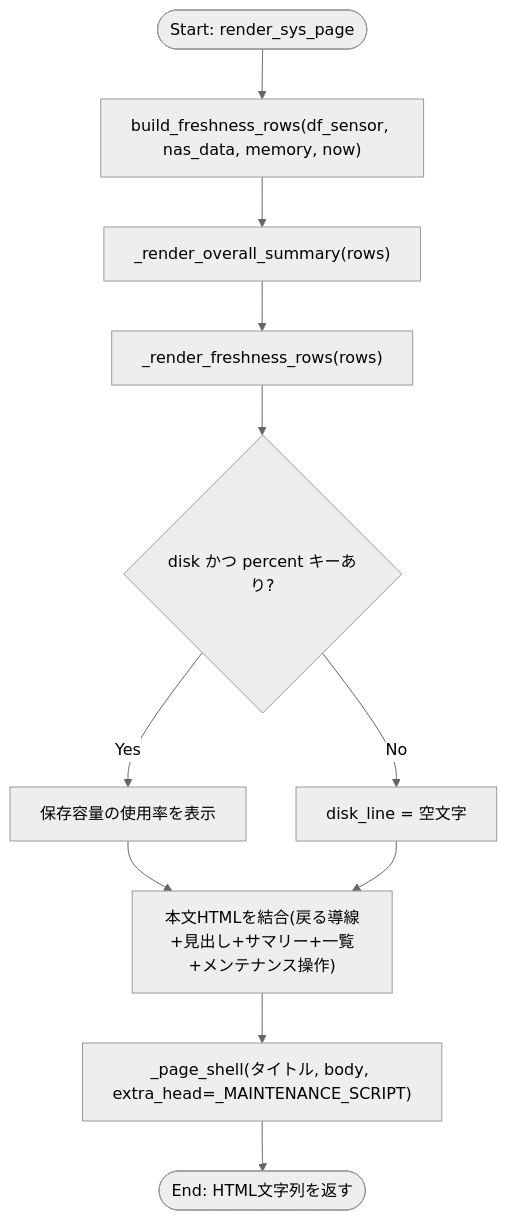
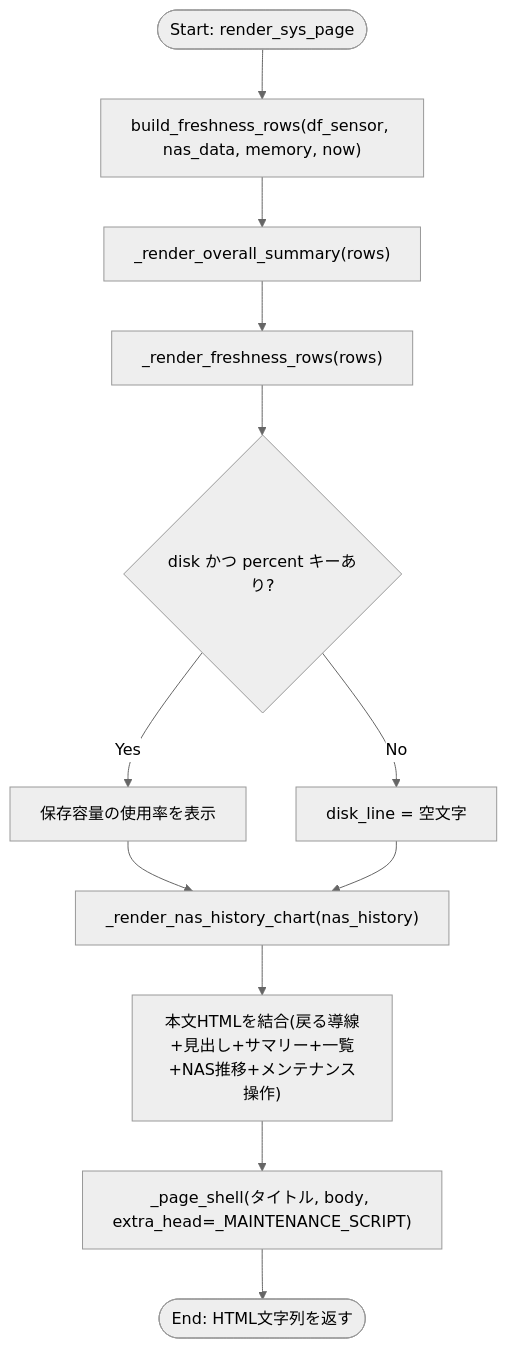
One commit to mmtigers/my_python_project changed the first of 2 diagrams in docs/specifications/MY_HOME_SYSTEM/dashboard_page_service.md. Above: the diagram before and after it, drawn with Mermaid (neutral theme). The commit also changed other lines of this file and 19 other files, not shown here.

````diff
--- a/docs/specifications/MY_HOME_SYSTEM/dashboard_page_service.md
+++ b/docs/specifications/MY_HOME_SYSTEM/dashboard_page_service.md
@@ -607,13 +698,14 @@
 ```mermaid
 flowchart TD
     Start([Start: render_sys_page]) --> BuildRows["build_freshness_rows(df_sensor, nas_data, memory, now)"]
     BuildRows --> Summary["_render_overall_summary(rows)"]
     Summary --> Rows["_render_freshness_rows(rows)"]
     Rows --> DiskCheck{"disk かつ percent キーあり?"}
     DiskCheck -- Yes --> DiskLine["保存容量の使用率を表示"]
     DiskCheck -- No --> SkipDisk["disk_line = 空文字"]
-    DiskLine --> Body
-    SkipDisk --> Body["本文HTMLを結合(戻る導線+見出し+サマリー+一覧+メンテナンス操作)"]
+    DiskLine --> NasChart
+    SkipDisk --> NasChart["_render_nas_history_chart(nas_history)"]
+    NasChart --> Body["本文HTMLを結合(戻る導線+見出し+サマリー+一覧+NAS推移+メンテナンス操作)"]
     Body --> Shell["_page_shell(タイトル, body, extra_head=_MAINTENANCE_SCRIPT)"]
     Shell --> End([End: HTML文字列を返す])
 ```
````
